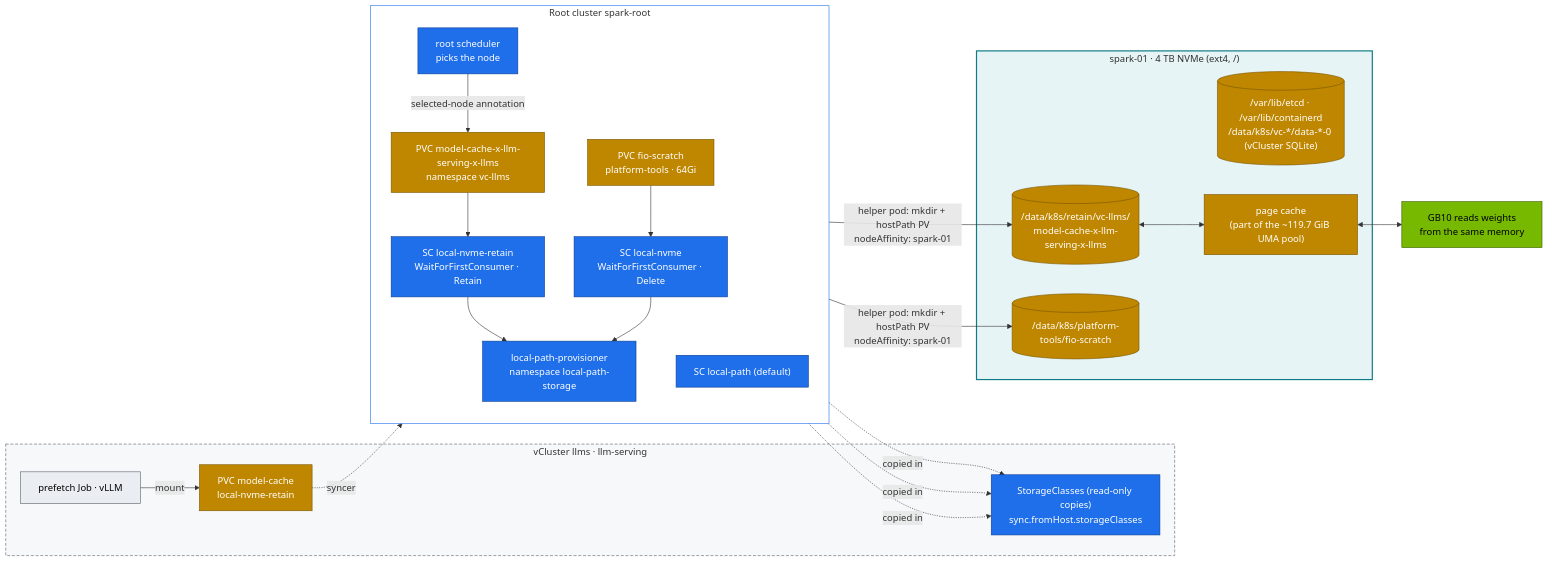
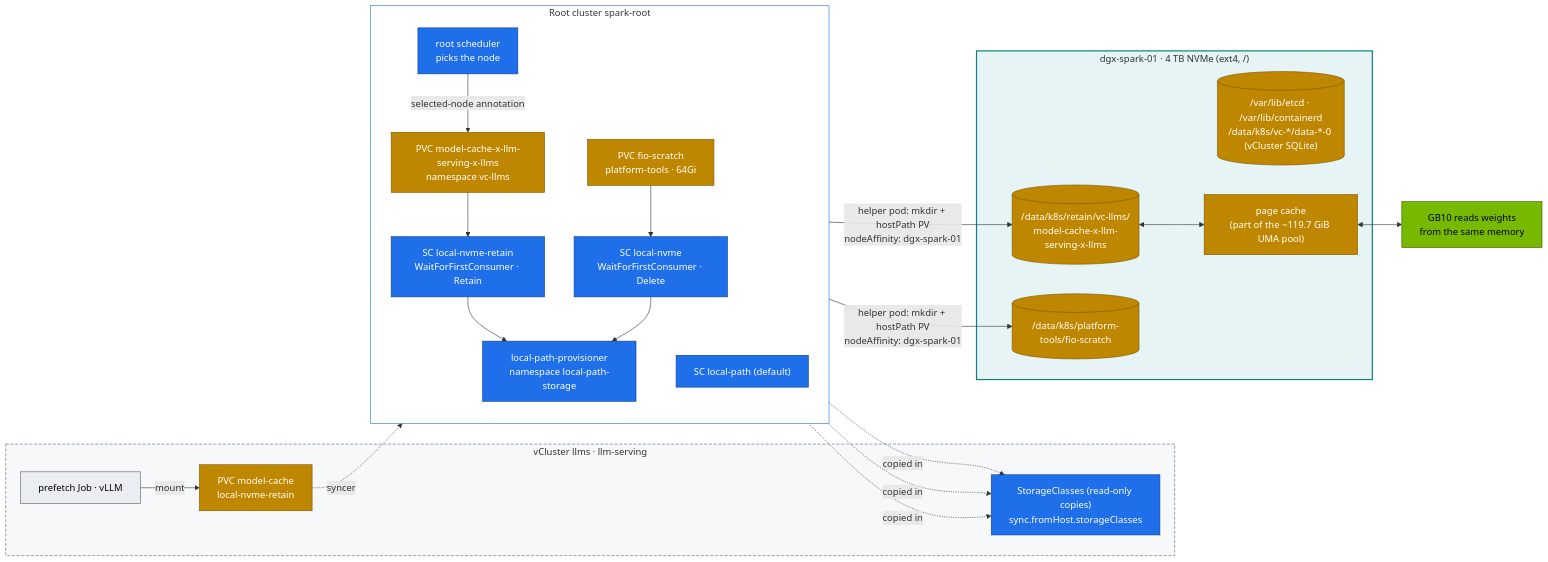
One commit to cloudone365/technical-depth changed the diagram in 02 Kubernetes/11-storage-csi-and-high-performance-volumes.md. Above: the diagram before and after it, drawn with Mermaid. The commit also changed other lines of this file and 88 other files, not shown here.

First line of the commit message:
Rename the Spark hosts to dgx-spark-01 / dgx-spark-02

````diff
--- a/02 Kubernetes/11-storage-csi-and-high-performance-volumes.md
+++ b/02 Kubernetes/11-storage-csi-and-high-performance-volumes.md
@@ -29,44 +29,44 @@
 ```mermaid
 flowchart LR
   subgraph LLMS["vCluster llms · llm-serving"]
     PVCV["PVC model-cache<br/>local-nvme-retain"]
     PODV["prefetch Job · vLLM"]
     SCV["StorageClasses (read-only copies)<br/>sync.fromHost.storageClasses"]
   end
   subgraph ROOT["Root cluster spark-root"]
     direction TB
     SC1["SC local-nvme-retain<br/>WaitForFirstConsumer · Retain"]
     SC2["SC local-nvme<br/>WaitForFirstConsumer · Delete"]
     SC0["SC local-path (default)"]
     PVCR["PVC model-cache-x-llm-serving-x-llms<br/>namespace vc-llms"]
     PVC2["PVC fio-scratch<br/>platform-tools · 64Gi"]
     SCHED["root scheduler<br/>picks the node"]
     PROV["local-path-provisioner<br/>namespace local-path-storage"]
   end
-  subgraph HOST["spark-01 · 4 TB NVMe (ext4, /)"]
+  subgraph HOST["dgx-spark-01 · 4 TB NVMe (ext4, /)"]
     D1[("/data/k8s/retain/vc-llms/<br/>model-cache-x-llm-serving-x-llms")]
     D2[("/data/k8s/platform-tools/fio-scratch")]
     D3[("/var/lib/etcd · /var/lib/containerd<br/>/data/k8s/vc-*/data-*-0 (vCluster SQLite)")]
     PC["page cache<br/>(part of the ~119.7 GiB UMA pool)"]
   end
   SC1 & SC2 & SC0 -. "copied in" .-> SCV
   PODV -->|mount| PVCV
   PVCV -. "syncer" .-> PVCR
   PVCR --> SC1 --> PROV
   PVC2 --> SC2 --> PROV
   SCHED -->|"selected-node annotation"| PVCR
-  PROV -->|"helper pod: mkdir + hostPath PV<br/>nodeAffinity: spark-01"| D1 & D2
+  PROV -->|"helper pod: mkdir + hostPath PV<br/>nodeAffinity: dgx-spark-01"| D1 & D2
   D1 <--> PC
   PC <--> GPU["GB10 reads weights<br/>from the same memory"]
   classDef store fill:#bf8700,stroke:#7a5600,color:#fff
   classDef ctrl fill:#1f6feb,stroke:#0b3d91,color:#fff
   classDef gpu fill:#76b900,stroke:#3d6000,color:#000
   classDef tenant fill:#eaeef2,stroke:#57606a,color:#000
   class PVCV,PVCR,PVC2,D1,D2,D3,PC store
   class SC0,SC1,SC2,SCV,PROV,SCHED ctrl
   class GPU gpu
   class PODV tenant
   style HOST fill:#e6f4f5,stroke:#0e7c86,stroke-width:2px
   style ROOT fill:#ffffff,stroke:#1f6feb
   style LLMS fill:#f6f8fa,stroke:#57606a,stroke-dasharray:5 3
 ```
````
